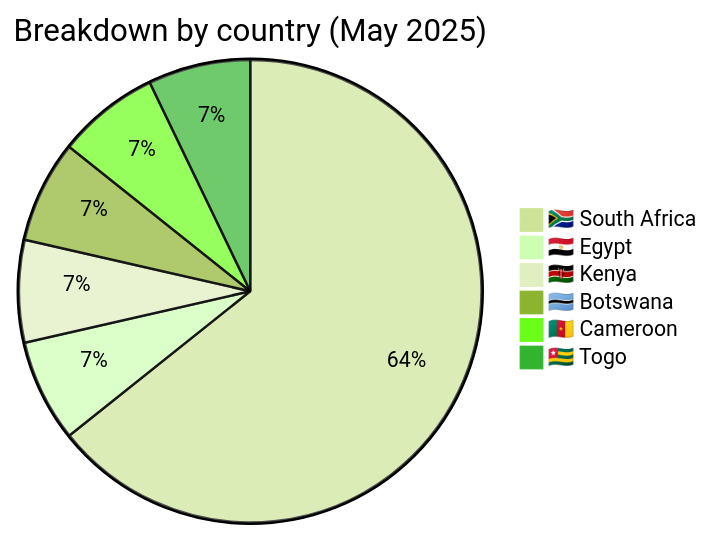
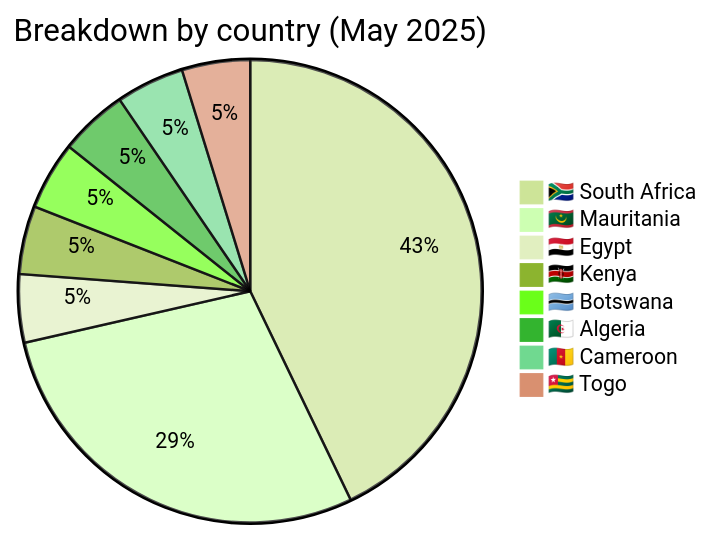
Before and after one commit to Hatchepsoute/AFRINTEL: the third of 4 diagrams in CyberAttackAfrica/2025/05-may/README.md, drawn with Mermaid (forest theme). The commit also changed other lines of this file and 255 other files, not shown here.

````diff
--- a/CyberAttackAfrica/2025/05-may/README.md
+++ b/CyberAttackAfrica/2025/05-may/README.md
@@ -83,9 +93,11 @@
 ```mermaid
 pie title Breakdown by country (May 2025)
     "🇿🇦 South Africa" : 9
+    "🇲🇷 Mauritania" : 6
     "🇪🇬 Egypt" : 1
     "🇰🇪 Kenya" : 1
     "🇧🇼 Botswana" : 1
+    "🇩🇿 Algeria" : 1
     "🇨🇲 Cameroon" : 1
     "🇹🇬 Togo" : 1
 ```
````
